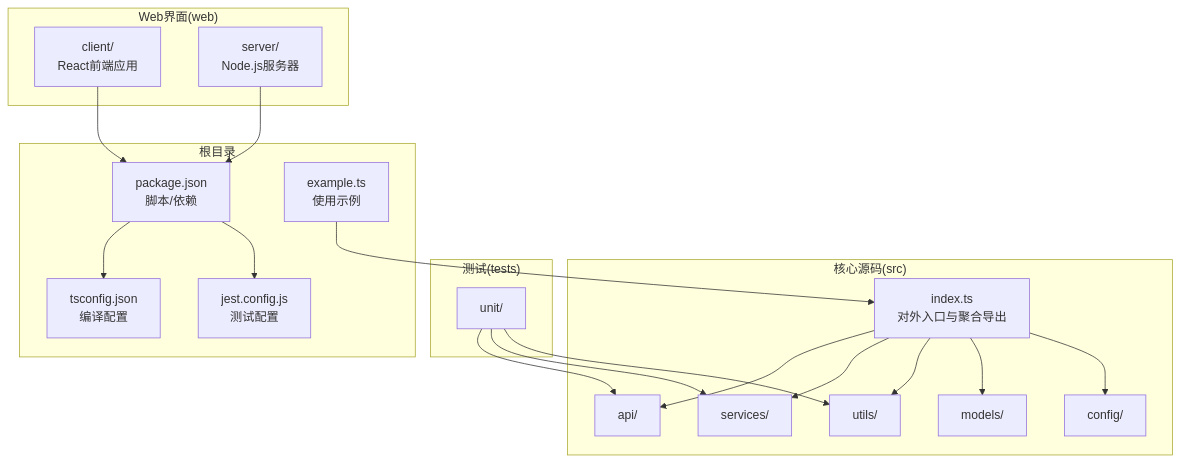
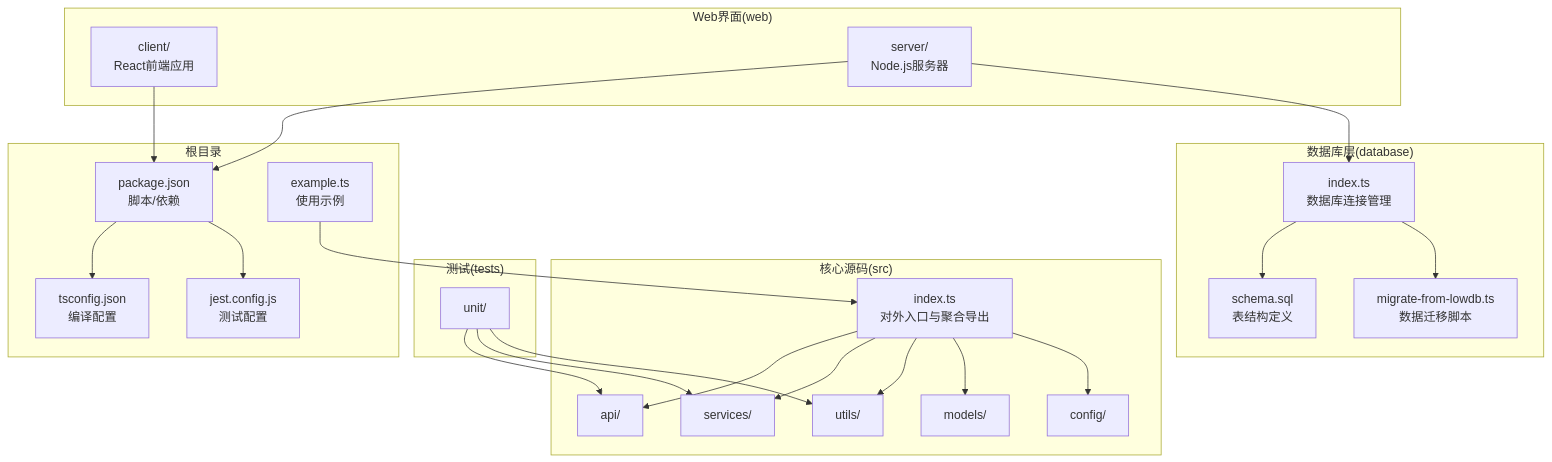
One commit to songdiyang/clawOperations changed the first of 5 diagrams in .qoder/repowiki/zh/content/开发指南/开发指南.md. Above: the diagram before and after it, drawn with Mermaid. The commit also changed other lines of this file and 10 other files, not shown here.

````diff
--- a/.qoder/repowiki/zh/content/开发指南/开发指南.md
+++ b/.qoder/repowiki/zh/content/开发指南/开发指南.md
@@ -65,37 +74,45 @@
 ```mermaid
 graph TB
 subgraph "核心源码(src)"
 A["index.ts<br/>对外入口与聚合导出"]
 B["api/"]
 C["services/"]
 D["utils/"]
 E["models/"]
 F["config/"]
 end
 subgraph "Web界面(web)"
 G["client/<br/>React前端应用"]
 H["server/<br/>Node.js服务器"]
 end
+subgraph "数据库层(database)"
+I["index.ts<br/>数据库连接管理"]
+J["schema.sql<br/>表结构定义"]
+K["migrate-from-lowdb.ts<br/>数据迁移脚本"]
+end
 subgraph "测试(tests)"
 T1["unit/"]
 end
 subgraph "根目录"
 P["package.json<br/>脚本/依赖"]
 TS["tsconfig.json<br/>编译配置"]
-J["jest.config.js<br/>测试配置"]
+JST["jest.config.js<br/>测试配置"]
 EX["example.ts<br/>使用示例"]
 end
 A --> B
 A --> C
 A --> D
 A --> E
 A --> F
 G --> P
 H --> P
+H --> I
+I --> J
+I --> K
 T1 --> B
 T1 --> C
 T1 --> D
 P --> TS
-P --> J
+P --> JST
 EX --> A
 ```
````
